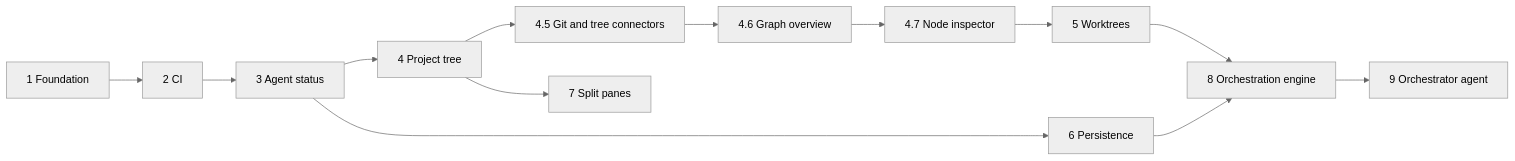
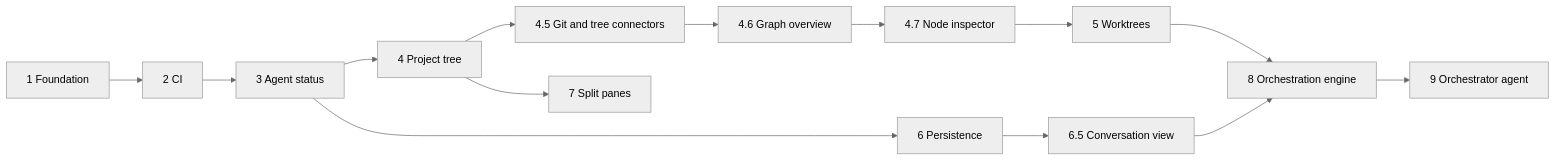
Before and after one commit to danielpina1/anthrex: the diagram in docs/ROADMAP.md, drawn with Mermaid (neutral theme). The commit also changed other lines of this file, not shown here.

````diff
--- a/docs/ROADMAP.md
+++ b/docs/ROADMAP.md
@@ -43,15 +47,16 @@
 ```mermaid
 flowchart LR
   M1[1 Foundation] --> M2[2 CI]
   M2 --> M3[3 Agent status]
   M3 --> M4[4 Project tree]
   M4 --> M45[4.5 Git and tree connectors]
   M45 --> M46[4.6 Graph overview]
   M46 --> M47[4.7 Node inspector]
   M47 --> M5[5 Worktrees]
   M3 --> M6[6 Persistence]
   M4 --> M7[7 Split panes]
   M5 --> M8[8 Orchestration engine]
-  M6 --> M8
+  M6 --> M65[6.5 Conversation view]
+  M65 --> M8
   M8 --> M9[9 Orchestrator agent]
 ```
````
